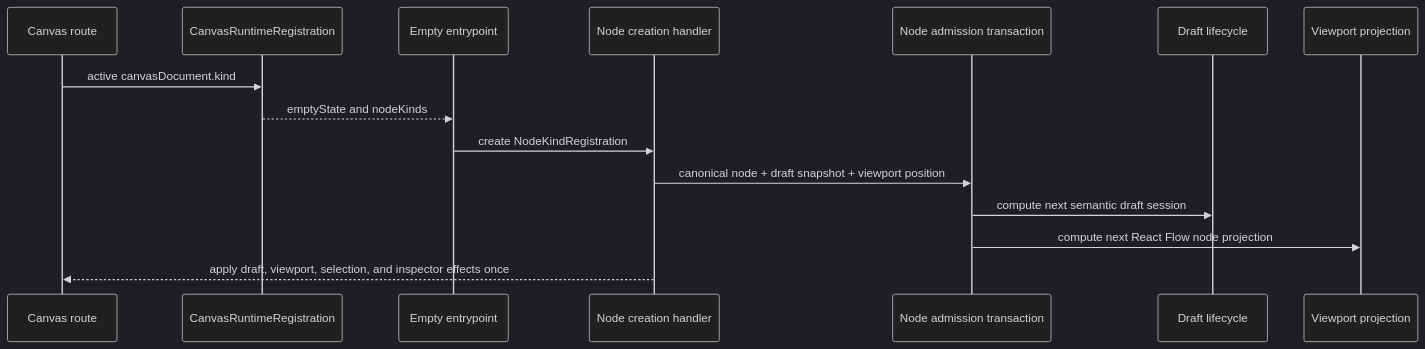
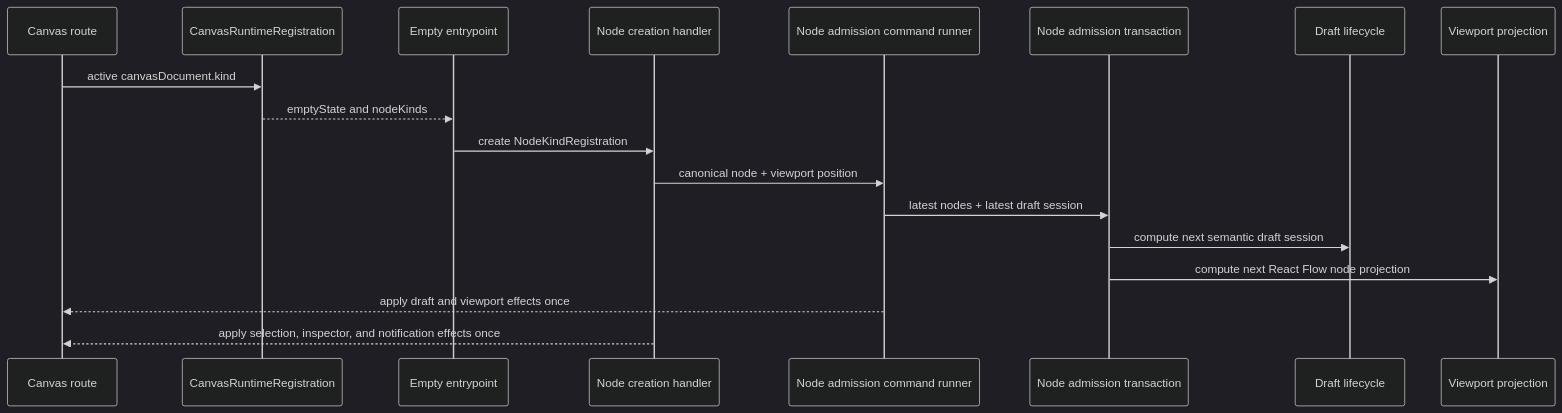
One commit to dunay2/dvt changed the third of 3 diagrams in docs/architecture/components/web/graph/canvas-empty-authoring-entrypoint-component.md. Above: the diagram before and after it, drawn with Mermaid (dark theme). The commit also changed other lines of this file and 9 other files, not shown here.

Commit message:
fix(web): Serialize Canvas node admission commands

````diff
--- a/docs/architecture/components/web/graph/canvas-empty-authoring-entrypoint-component.md
+++ b/docs/architecture/components/web/graph/canvas-empty-authoring-entrypoint-component.md
@@ -109,18 +112,21 @@
 ```mermaid
 sequenceDiagram
   participant Route as Canvas route
   participant Runtime as CanvasRuntimeRegistration
   participant Empty as Empty entrypoint
   participant Handler as Node creation handler
+  participant Runner as Node admission command runner
   participant Tx as Node admission transaction
   participant Draft as Draft lifecycle
   participant View as Viewport projection
 
   Route->>Runtime: active canvasDocument.kind
   Runtime-->>Empty: emptyState and nodeKinds
   Empty->>Handler: create NodeKindRegistration
-  Handler->>Tx: canonical node + draft snapshot + viewport position
+  Handler->>Runner: canonical node + viewport position
+  Runner->>Tx: latest nodes + latest draft session
   Tx->>Draft: compute next semantic draft session
   Tx->>View: compute next React Flow node projection
-  Handler-->>Route: apply draft, viewport, selection, and inspector effects once
+  Runner-->>Route: apply draft and viewport effects once
+  Handler-->>Route: apply selection, inspector, and notification effects once
 ```
````
